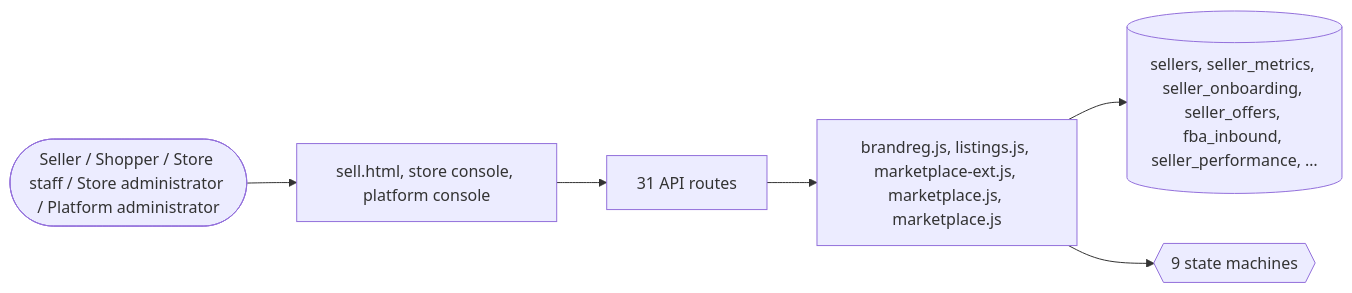
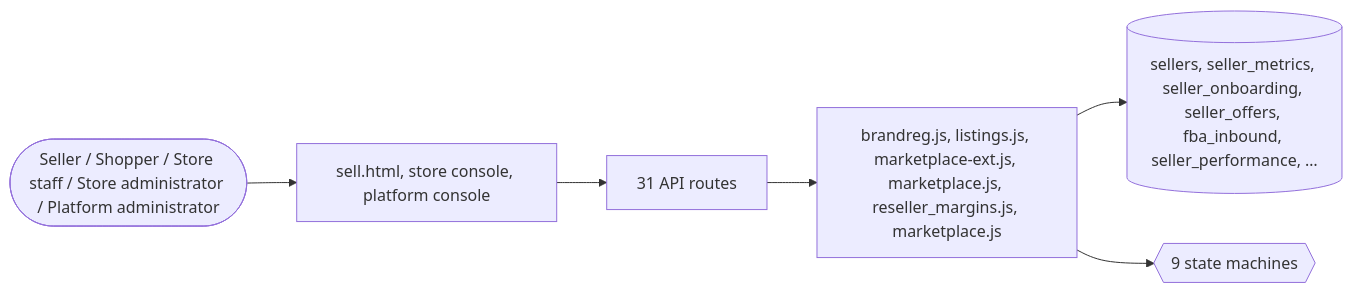
Before and after one commit to echelonxventures-Projects/universal-product: the tenth of 10 diagrams in docs/domains/marketplace.md, drawn with Mermaid. The commit also changed other lines of this file and 67 other files, not shown here.

````diff
--- a/docs/domains/marketplace.md
+++ b/docs/domains/marketplace.md
@@ -509,8 +518,8 @@
 ```mermaid
 flowchart LR
   U([Seller / Shopper / Store staff / Store administrator / Platform administrator]) --> UI[sell.html, store console, platform console]
   UI --> API[31 API routes]
-  API --> ENG[brandreg.js, listings.js, marketplace-ext.js, marketplace.js, marketplace.js]
+  API --> ENG[brandreg.js, listings.js, marketplace-ext.js, marketplace.js, reseller_margins.js, marketplace.js]
   ENG --> DB[(sellers, seller_metrics, seller_onboarding, seller_offers, fba_inbound, seller_performance, …)]
   ENG --> SM{{9 state machines}}
 ```
````
